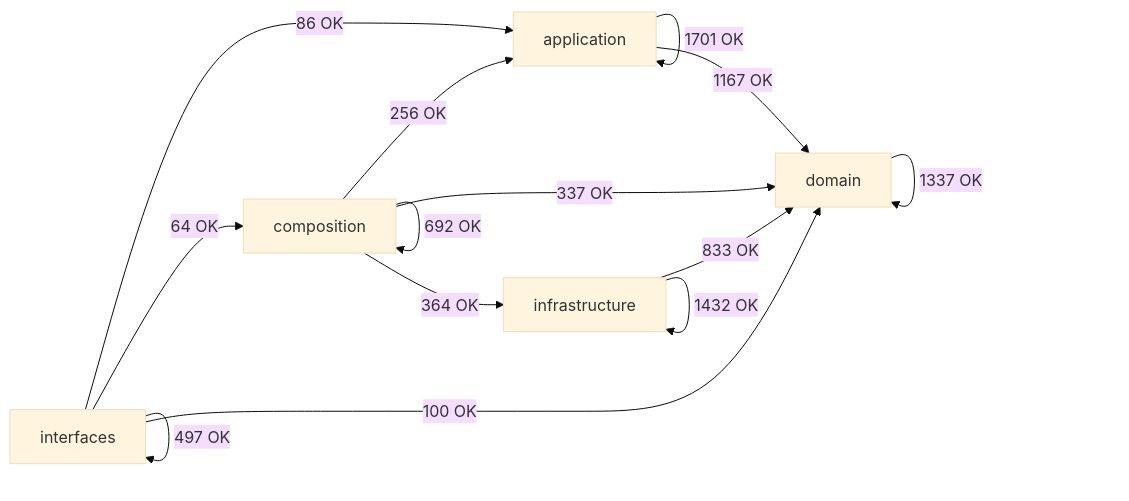
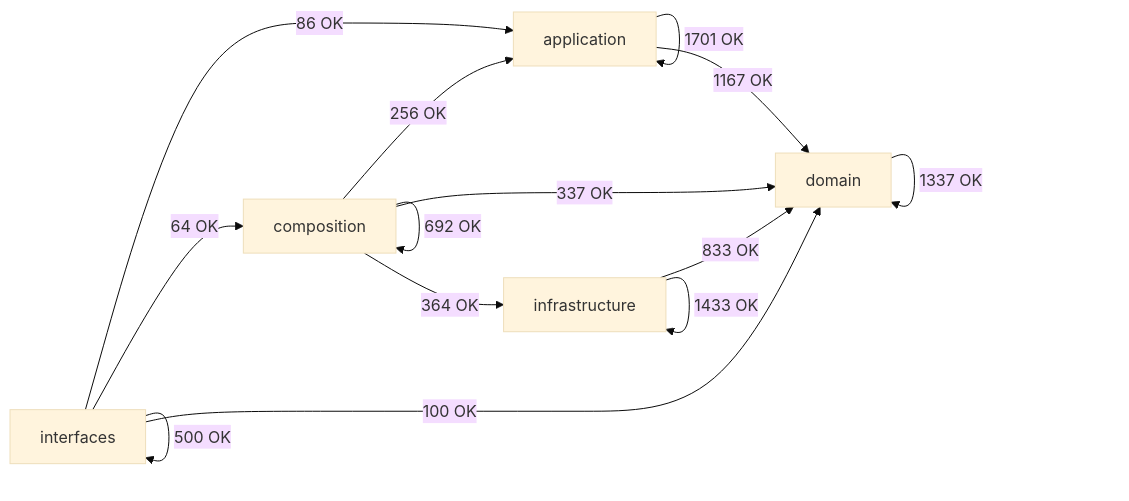
The diagram in docs/02-architecture/generated/module-dependency-map.md (SatoryKono/BioactivityDataAcquisition), drawn with Mermaid (base theme) before and after one commit. The commit also changed other lines of this file and 35 other files, not shown here.

````diff
--- a/docs/02-architecture/generated/module-dependency-map.md
+++ b/docs/02-architecture/generated/module-dependency-map.md
@@ -17,21 +17,21 @@
 ```mermaid
 flowchart LR
     domain[domain]
     application[application]
     infrastructure[infrastructure]
     composition[composition]
     interfaces[interfaces]
     application -->|1701 OK| application
     application -->|1167 OK| domain
     composition -->|256 OK| application
     composition -->|692 OK| composition
     composition -->|337 OK| domain
     composition -->|364 OK| infrastructure
     domain -->|1337 OK| domain
     infrastructure -->|833 OK| domain
-    infrastructure -->|1432 OK| infrastructure
+    infrastructure -->|1433 OK| infrastructure
     interfaces -->|86 OK| application
     interfaces -->|64 OK| composition
     interfaces -->|100 OK| domain
-    interfaces -->|497 OK| interfaces
+    interfaces -->|500 OK| interfaces
 ```
````
